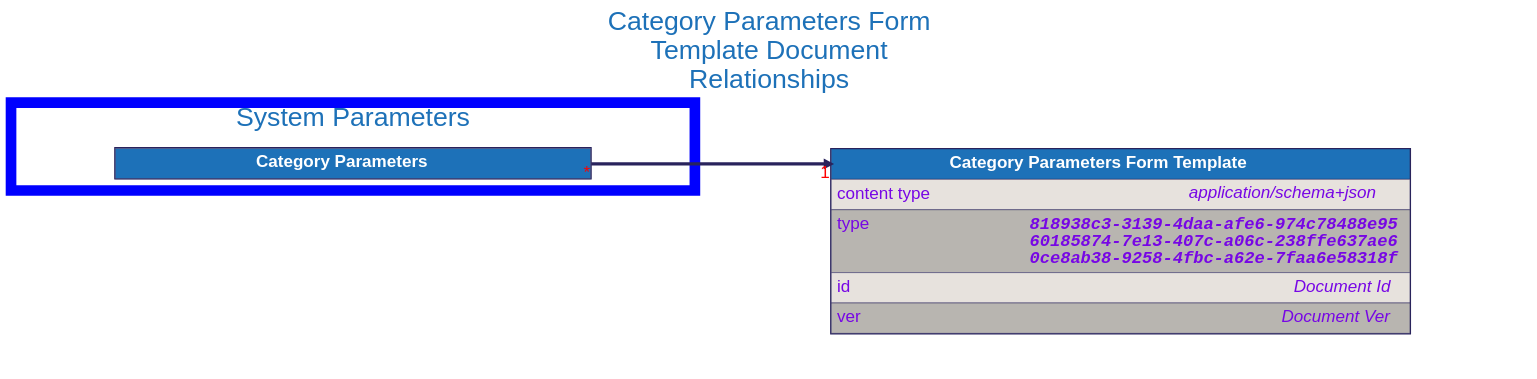
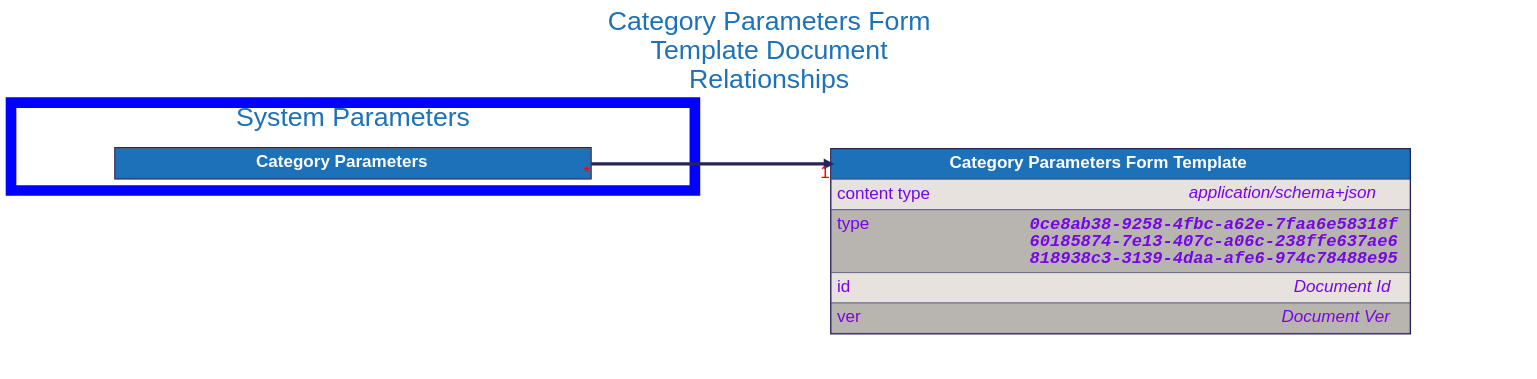
Before and after one commit to input-output-hk/catalyst-libs: the diagram in docs/src/architecture/08_concepts/signed_doc/diagrams/category_parameters_form_template.dot, drawn with Graphviz. The commit also changed 44 other files, not shown here.

```diff
--- a/docs/src/architecture/08_concepts/signed_doc/diagrams/category_parameters_form_template.dot
+++ b/docs/src/architecture/08_concepts/signed_doc/diagrams/category_parameters_form_template.dot
@@ -1,94 +1,94 @@
 digraph "Category Parameters Form Template" {
     rankdir="LR"
     graph [fontname="helvetica", fontsize="32", fontcolor="#29235c", bgcolor="white"];
     node [penwidth="0", margin="0", fontname="helvetica", fontsize="32", fontcolor="#29235c"];
     edge [fontname="helvetica", fontsize="32", fontcolor="red", color="#29235c"];
 
     labelloc="t"
     label="Category Parameters Form
 Template Document
 Relationships"
     fontcolor="#1d71b8"
     fontsize=50
     compound=true
 
 
 
     "Category Parameters Form Template" [
         id="Category Parameters Form Template";
         label=<
             <TABLE BORDER="2" COLOR="#29235c" CELLBORDER="1" CELLSPACING="0" CELLPADDING="10">
             <TR>
                 <TD PORT="title" BGCOLOR="#1d71b8" HREF="../category_parameters_form_template/">
                     <FONT COLOR="#ffffff"><B> Category Parameters Form Template </B></FONT>
                 </TD>
             </TR>
             <TR>
                 <TD ALIGN="LEFT" PORT="content type" BGCOLOR="#e7e2dd">
                     <TABLE CELLPADDING="0" CELLSPACING="0" BORDER="0">
                         <TR>
                             <TD ALIGN="LEFT" VALIGN="TOP" WIDTH="200"><FONT COLOR="#7706E5">content type</FONT></TD>
                             <TD ALIGN="RIGHT"><FONT COLOR="#7706E5"><I>application/schema+json</I></FONT></TD>
                         </TR>
                     </TABLE>
                 </TD>
             </TR>
             <TR>
                 <TD ALIGN="LEFT" PORT="type" BGCOLOR="#b8b5b0">
                     <TABLE CELLPADDING="0" CELLSPACING="0" BORDER="0">
                         <TR>
                             <TD ALIGN="LEFT" VALIGN="TOP" WIDTH="200"><FONT COLOR="#7706E5">type</FONT></TD>
-                            <TD ALIGN="RIGHT"><FONT FACE="Courier" COLOR="#7706E5"><B><I>818938c3-3139-4daa-afe6-974c78488e95<BR />60185874-7e13-407c-a06c-238ffe637ae6<BR />0ce8ab38-9258-4fbc-a62e-7faa6e58318f</I></B></FONT></TD>
+                            <TD ALIGN="RIGHT"><FONT FACE="Courier" COLOR="#7706E5"><B><I>0ce8ab38-9258-4fbc-a62e-7faa6e58318f<BR />60185874-7e13-407c-a06c-238ffe637ae6<BR />818938c3-3139-4daa-afe6-974c78488e95</I></B></FONT></TD>
                         </TR>
                     </TABLE>
                 </TD>
             </TR>
             <TR>
                 <TD ALIGN="LEFT" PORT="id" BGCOLOR="#e7e2dd">
                     <TABLE CELLPADDING="0" CELLSPACING="0" BORDER="0">
                         <TR>
                             <TD ALIGN="LEFT" VALIGN="TOP" WIDTH="200"><FONT COLOR="#7706E5">id</FONT></TD>
                             <TD ALIGN="RIGHT"><FONT COLOR="#7706E5"><I>Document Id</I></FONT></TD>
                         </TR>
                     </TABLE>
                 </TD>
             </TR>
             <TR>
                 <TD ALIGN="LEFT" PORT="ver" BGCOLOR="#b8b5b0">
                     <TABLE CELLPADDING="0" CELLSPACING="0" BORDER="0">
                         <TR>
                             <TD ALIGN="LEFT" VALIGN="TOP" WIDTH="200"><FONT COLOR="#7706E5">ver</FONT></TD>
                             <TD ALIGN="RIGHT"><FONT COLOR="#7706E5"><I>Document Ver</I></FONT></TD>
                         </TR>
                     </TABLE>
                 </TD>
             </TR>
 
             </TABLE>
         >
     ];
 
 
     subgraph cluster_system_parameters {
         label = "System Parameters";
         color=blue
         penwidth=20
 
         "Category Parameters" [
             id="Category Parameters";
             label=<
                 <TABLE BORDER="2" COLOR="#29235c" CELLBORDER="1" CELLSPACING="0" CELLPADDING="10">
                 <TR>
                     <TD PORT="title" BGCOLOR="#1d71b8" HREF="../category_parameters/">
                         <FONT COLOR="#ffffff"><B> Category Parameters </B></FONT>
                     </TD>
                 </TR>
 
                 </TABLE>
             >
         ];
 
     }
 
     "Category Parameters":"title":e -> "Category Parameters Form Template":"title":w [dir=forward, penwidth=6, color="#29235c", headlabel="1", taillabel="*"]
 }
```
